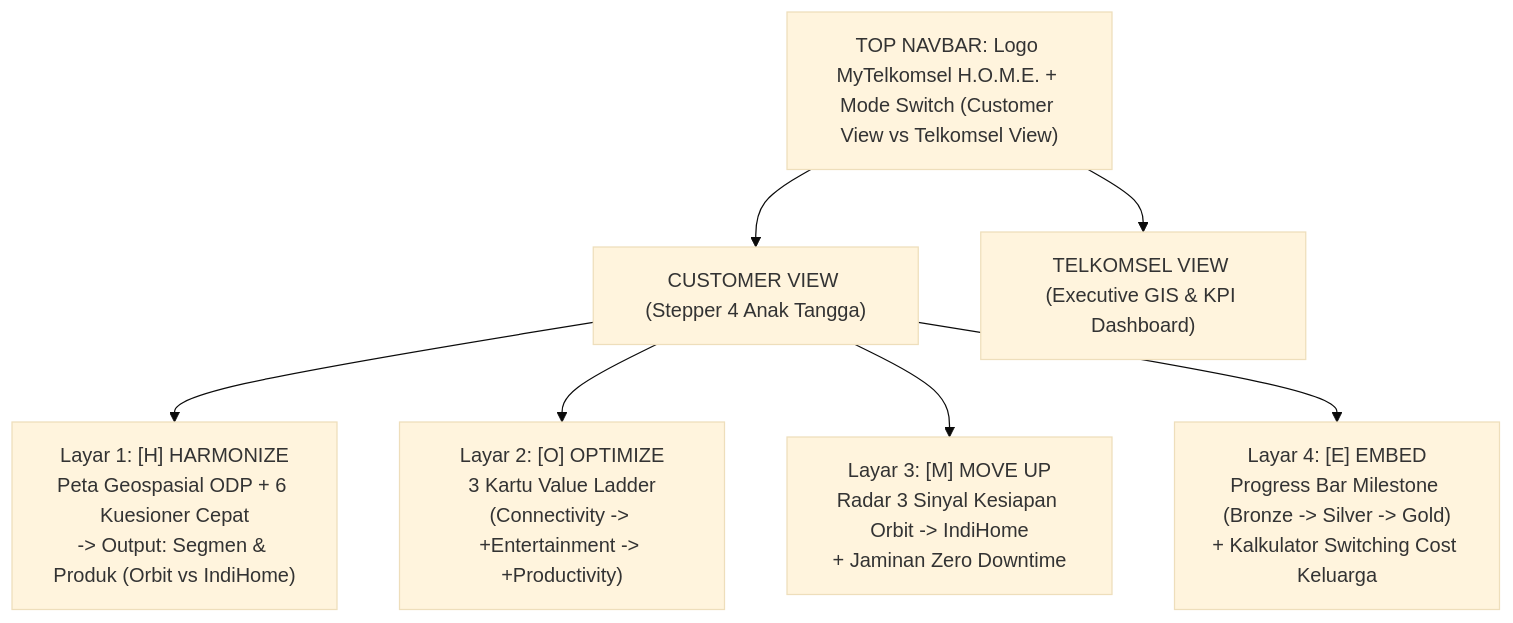
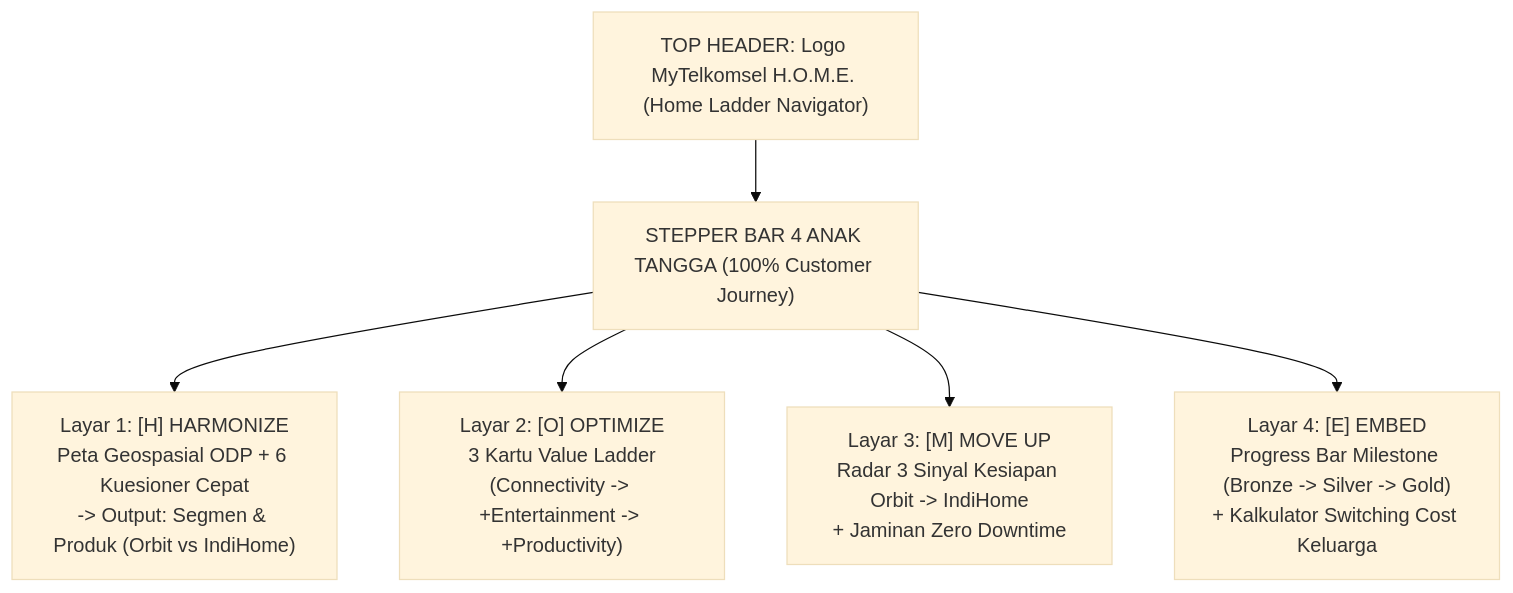
One commit to brenandapamudya1/DWDG-Minicase changed the diagram in design/UI_UX_WEBSITE.md. Above: the diagram before and after it, drawn with Mermaid (base theme). The commit also changed other lines of this file and 23 other files, not shown here.

Commit message:
feat(prototype): build TypeScript + React mobile app prototype for Vercel & unify 100% customer view

````diff
--- a/design/UI_UX_WEBSITE.md
+++ b/design/UI_UX_WEBSITE.md
@@ -55,11 +57,10 @@
 ```mermaid
 flowchart TB
-    NAV["TOP NAVBAR: Logo MyTelkomsel H.O.M.E. + Mode Switch (Customer View vs Telkomsel View)"]
-    NAV --> CUST["CUSTOMER VIEW (Stepper 4 Anak Tangga)"]
-    NAV --> EXEC["TELKOMSEL VIEW (Executive GIS & KPI Dashboard)"]
+    NAV["TOP HEADER: Logo MyTelkomsel H.O.M.E. (Home Ladder Navigator)"]
+    NAV --> STEP["STEPPER BAR 4 ANAK TANGGA (100% Customer Journey)"]
     
-    CUST --> S1["Layar 1: [H] HARMONIZE<br/>Peta Geospasial ODP + 6 Kuesioner Cepat<br/>-> Output: Segmen & Produk (Orbit vs IndiHome)"]
-    CUST --> S2["Layar 2: [O] OPTIMIZE<br/>3 Kartu Value Ladder<br/>(Connectivity -> +Entertainment -> +Productivity)"]
-    CUST --> S3["Layar 3: [M] MOVE UP<br/>Radar 3 Sinyal Kesiapan Orbit -> IndiHome<br/>+ Jaminan Zero Downtime"]
-    CUST --> S4["Layar 4: [E] EMBED<br/>Progress Bar Milestone (Bronze -> Silver -> Gold)<br/>+ Kalkulator Switching Cost Keluarga"]
+    STEP --> S1["Layar 1: [H] HARMONIZE<br/>Peta Geospasial ODP + 6 Kuesioner Cepat<br/>-> Output: Segmen & Produk (Orbit vs IndiHome)"]
+    STEP --> S2["Layar 2: [O] OPTIMIZE<br/>3 Kartu Value Ladder<br/>(Connectivity -> +Entertainment -> +Productivity)"]
+    STEP --> S3["Layar 3: [M] MOVE UP<br/>Radar 3 Sinyal Kesiapan Orbit -> IndiHome<br/>+ Jaminan Zero Downtime"]
+    STEP --> S4["Layar 4: [E] EMBED<br/>Progress Bar Milestone (Bronze -> Silver -> Gold)<br/>+ Kalkulator Switching Cost Keluarga"]
 ```
````
